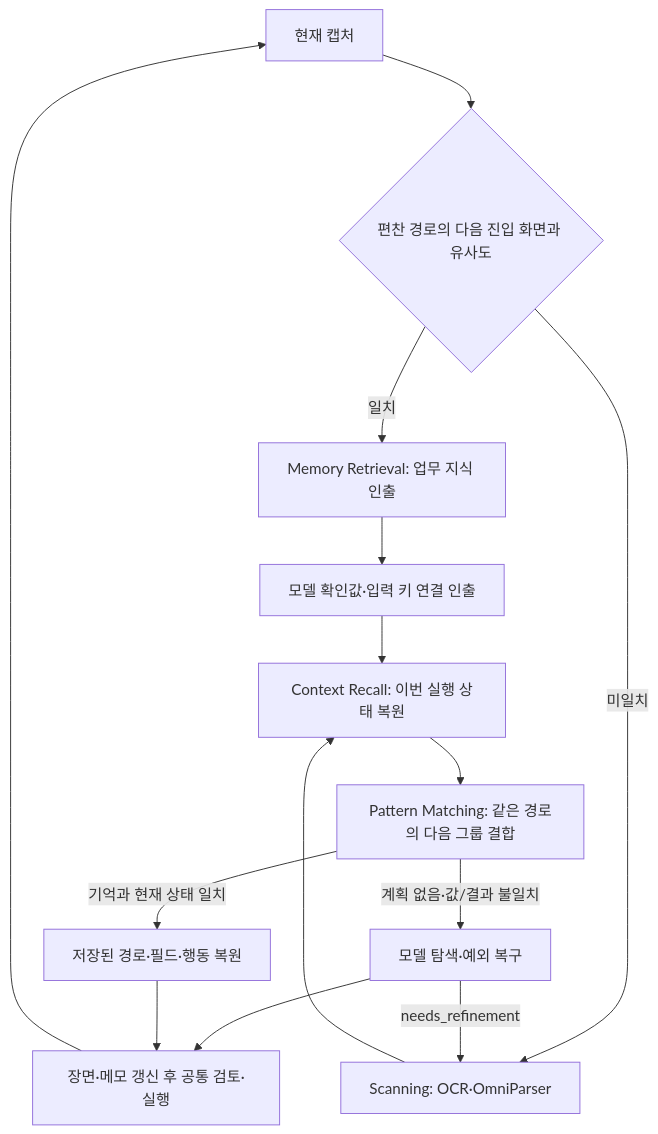
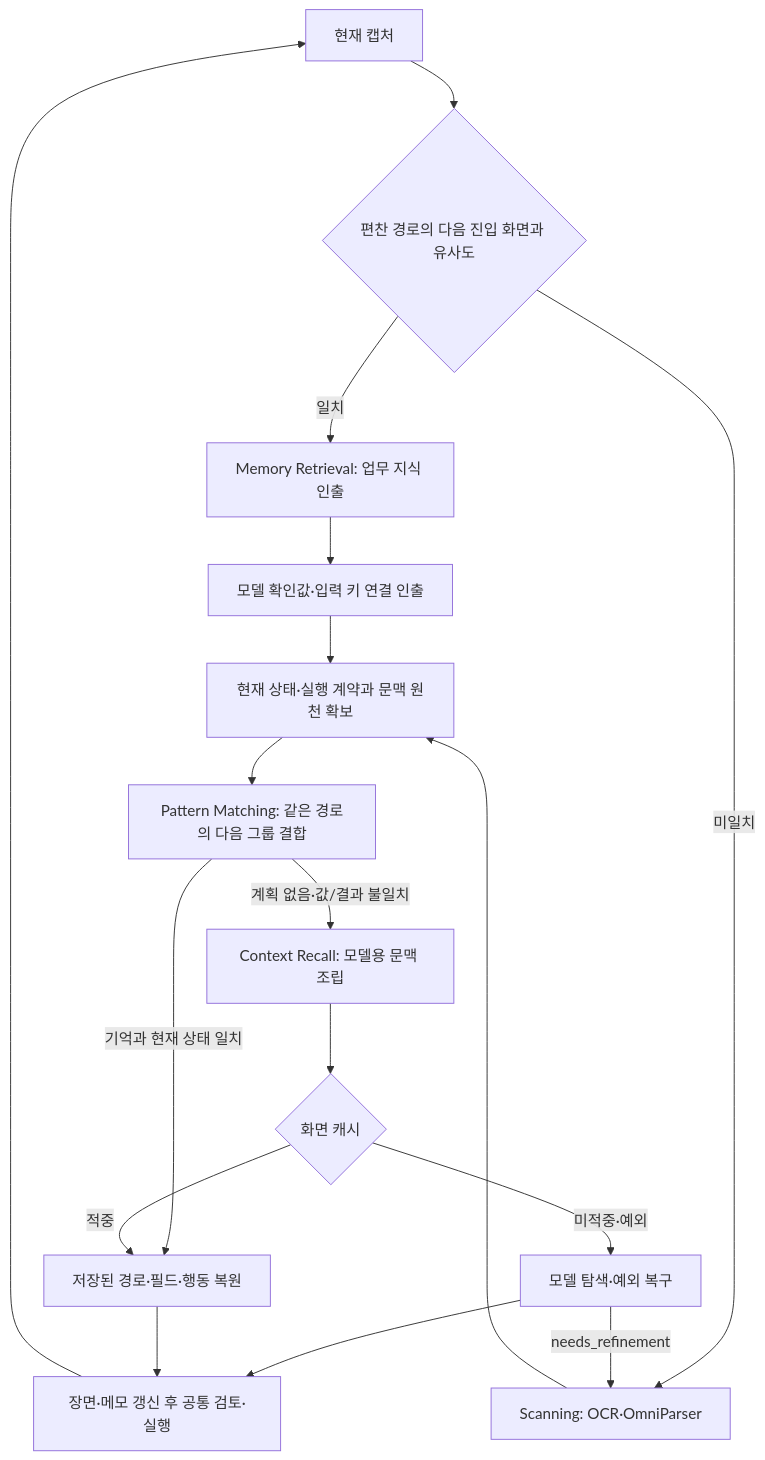
One commit to Dreamtreeme/agent-sawon changed the third of 3 diagrams in docs/code-flow.md. Above: the diagram before and after it, drawn with Mermaid. The commit also changed other lines of this file and 9 other files, not shown here.

````diff
--- a/docs/code-flow.md
+++ b/docs/code-flow.md
@@ -68,16 +68,19 @@
 ```mermaid
 flowchart TD
     CAP[현재 캡처] --> SIM{편찬 경로의 다음 진입 화면과 유사도}
     SIM -->|일치| MEM[Memory Retrieval: 업무 지식 인출]
     SIM -->|미일치| SCAN[Scanning: OCR·OmniParser]
     MEM --> VALUES[모델 확인값·입력 키 연결 인출]
-    VALUES --> RECALL[Context Recall: 이번 실행 상태 복원]
-    SCAN --> RECALL
-    RECALL --> MATCH[Pattern Matching: 같은 경로의 다음 그룹 결합]
+    VALUES --> STATE[현재 상태·실행 계약과 문맥 원천 확보]
+    SCAN --> STATE
+    STATE --> MATCH[Pattern Matching: 같은 경로의 다음 그룹 결합]
     MATCH -->|기억과 현재 상태 일치| RESTORE[저장된 경로·필드·행동 복원]
-    MATCH -->|계획 없음·값/결과 불일치| DECIDE[모델 탐색·예외 복구]
+    MATCH -->|계획 없음·값/결과 불일치| RECALL[Context Recall: 모델용 문맥 조립]
+    RECALL --> CACHE{화면 캐시}
+    CACHE -->|적중| RESTORE
+    CACHE -->|미적중·예외| DECIDE[모델 탐색·예외 복구]
     DECIDE -->|needs_refinement| SCAN
     DECIDE --> EXEC[장면·메모 갱신 후 공통 검토·실행]
     RESTORE --> EXEC
     EXEC --> CAP
 ```
````
